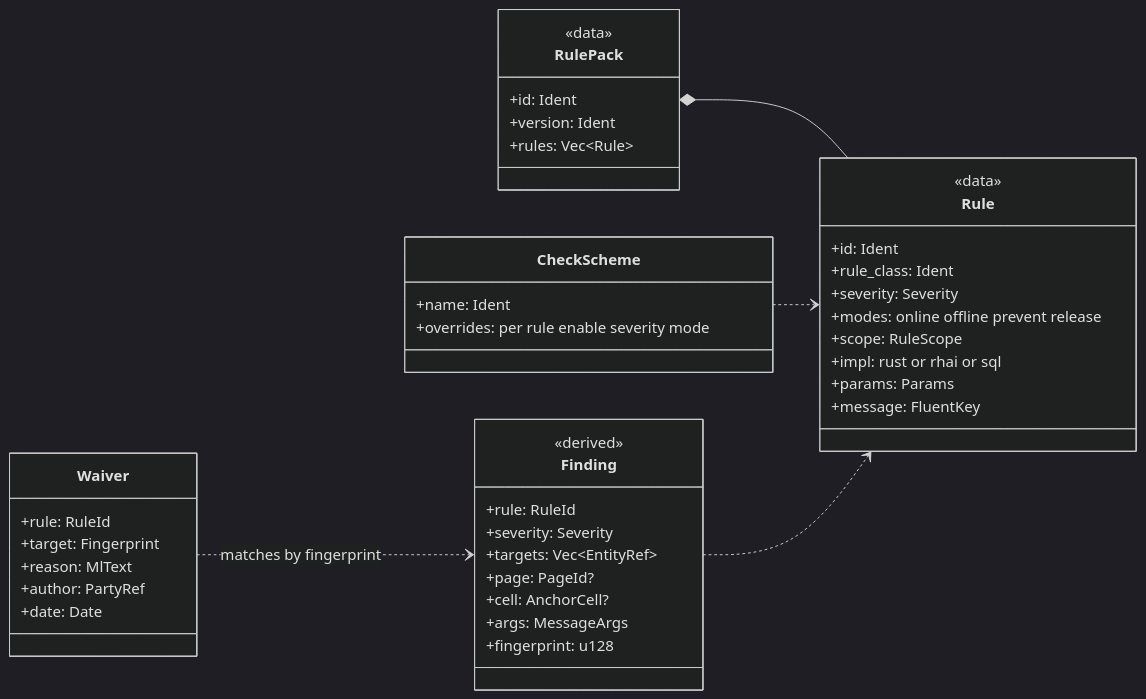
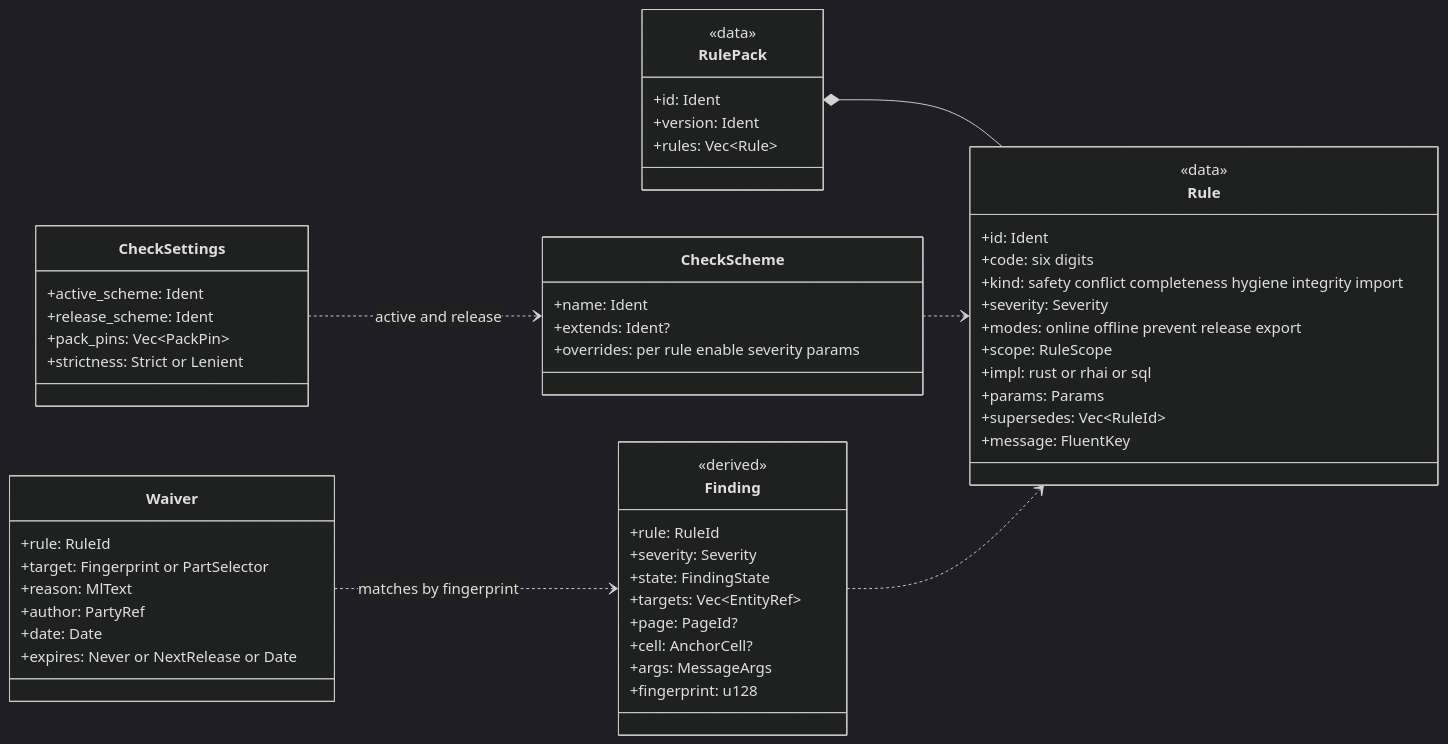
Before and after one commit to Ironkode787/ElektraWatt: diagram 20 of 20 in docs/design/03-domain-model.md, drawn with Mermaid (dark theme). The commit also changed other lines of this file and 51 other files, not shown here.

````diff
--- a/docs/design/03-domain-model.md
+++ b/docs/design/03-domain-model.md
@@ -1882,46 +2047,58 @@
 ```mermaid
 classDiagram
   direction LR
   class RulePack {
     <<data>>
     +id: Ident
     +version: Ident
     +rules: Vec~Rule~
   }
   class Rule {
     <<data>>
     +id: Ident
-    +rule_class: Ident
+    +code: six digits
+    +kind: safety conflict completeness hygiene integrity import
     +severity: Severity
-    +modes: online offline prevent release
+    +modes: online offline prevent release export
     +scope: RuleScope
     +impl: rust or rhai or sql
     +params: Params
+    +supersedes: Vec~RuleId~
     +message: FluentKey
+  }
+  class CheckSettings {
+    +active_scheme: Ident
+    +release_scheme: Ident
+    +pack_pins: Vec~PackPin~
+    +strictness: Strict or Lenient
   }
   class CheckScheme {
     +name: Ident
-    +overrides: per rule enable severity mode
+    +extends: Ident?
+    +overrides: per rule enable severity params
   }
   class Finding {
     <<derived>>
     +rule: RuleId
     +severity: Severity
+    +state: FindingState
     +targets: Vec~EntityRef~
     +page: PageId?
     +cell: AnchorCell?
     +args: MessageArgs
     +fingerprint: u128
   }
   class Waiver {
     +rule: RuleId
-    +target: Fingerprint
+    +target: Fingerprint or PartSelector
     +reason: MlText
     +author: PartyRef
     +date: Date
+    +expires: Never or NextRelease or Date
   }
   RulePack *-- Rule
+  CheckSettings ..> CheckScheme : active and release
   CheckScheme ..> Rule
   Finding ..> Rule
   Waiver ..> Finding : matches by fingerprint
 ```
````
